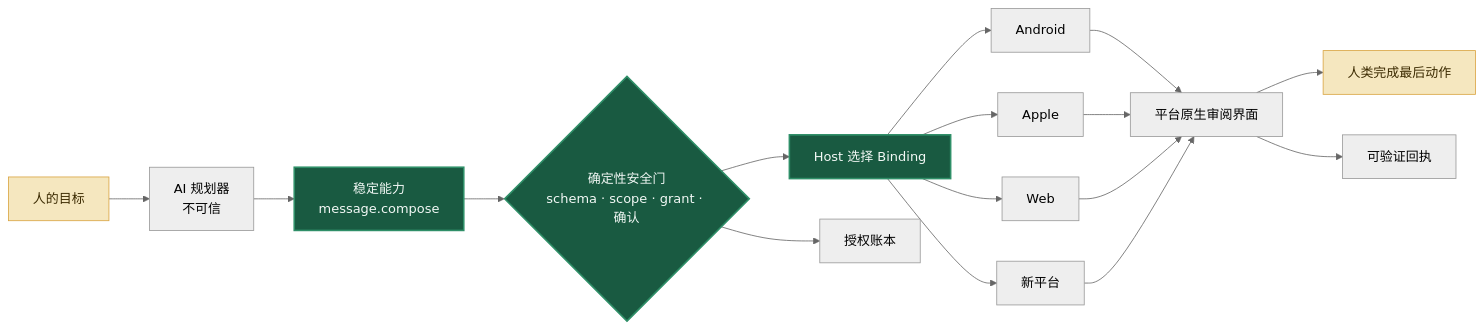
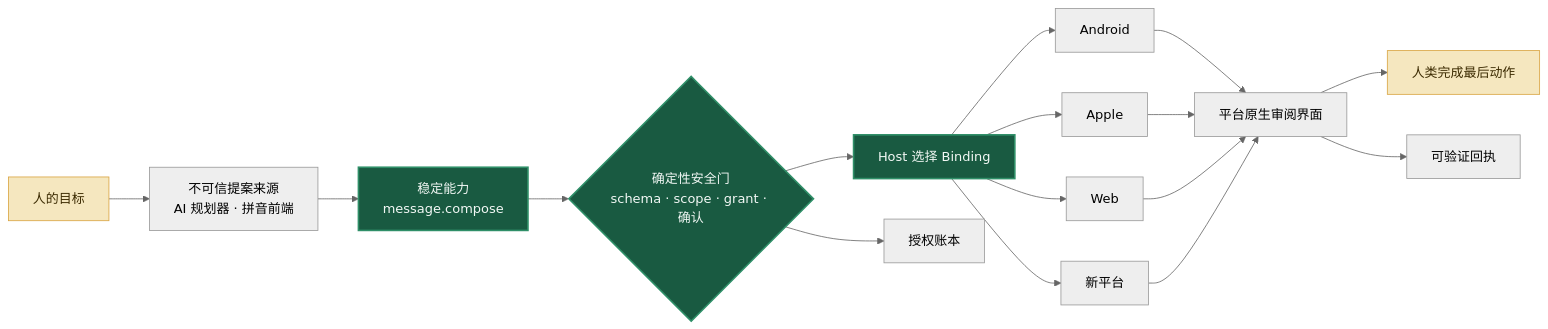
One commit to yifangjinxing-hash/jidan changed the diagram in README.zh-CN.md. Above: the diagram before and after it, drawn with Mermaid (neutral theme). The commit also changed other lines of this file and 16 other files, not shown here.

````diff
--- a/README.zh-CN.md
+++ b/README.zh-CN.md
@@ -81,23 +92,23 @@
 ```mermaid
 flowchart LR
-    H["人的目标"] --> P["AI 规划器<br/>不可信"]
+    H["人的目标"] --> P["不可信提案来源<br/>AI 规划器 · 拼音前端"]
     P --> C["稳定能力<br/>message.compose"]
     C --> G{"确定性安全门<br/>schema · scope · grant · 确认"}
     G --> R["Host 选择 Binding"]
     R --> A["Android"]
     R --> I["Apple"]
     R --> W["Web"]
     R --> N["新平台"]
     A --> U["平台原生审阅界面"]
     I --> U
     W --> U
     N --> U
     U --> X["人类完成最后动作"]
     G --> L["授权账本"]
     U --> Q["可验证回执"]
 
     classDef core fill:#195A41,color:#F2F8F5,stroke:#2F8F68,stroke-width:2px;
     classDef human fill:#F5E7BF,color:#3B2A00,stroke:#D9A441;
     class C,G,R core;
     class H,X human;
 ```
````
